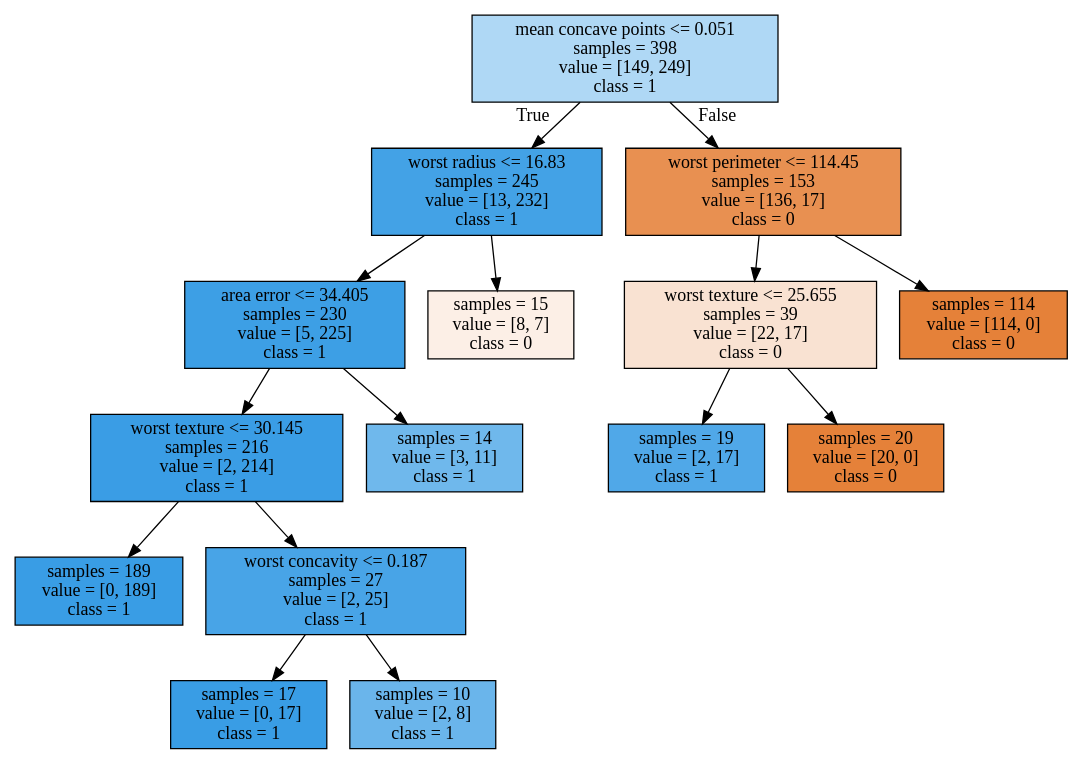
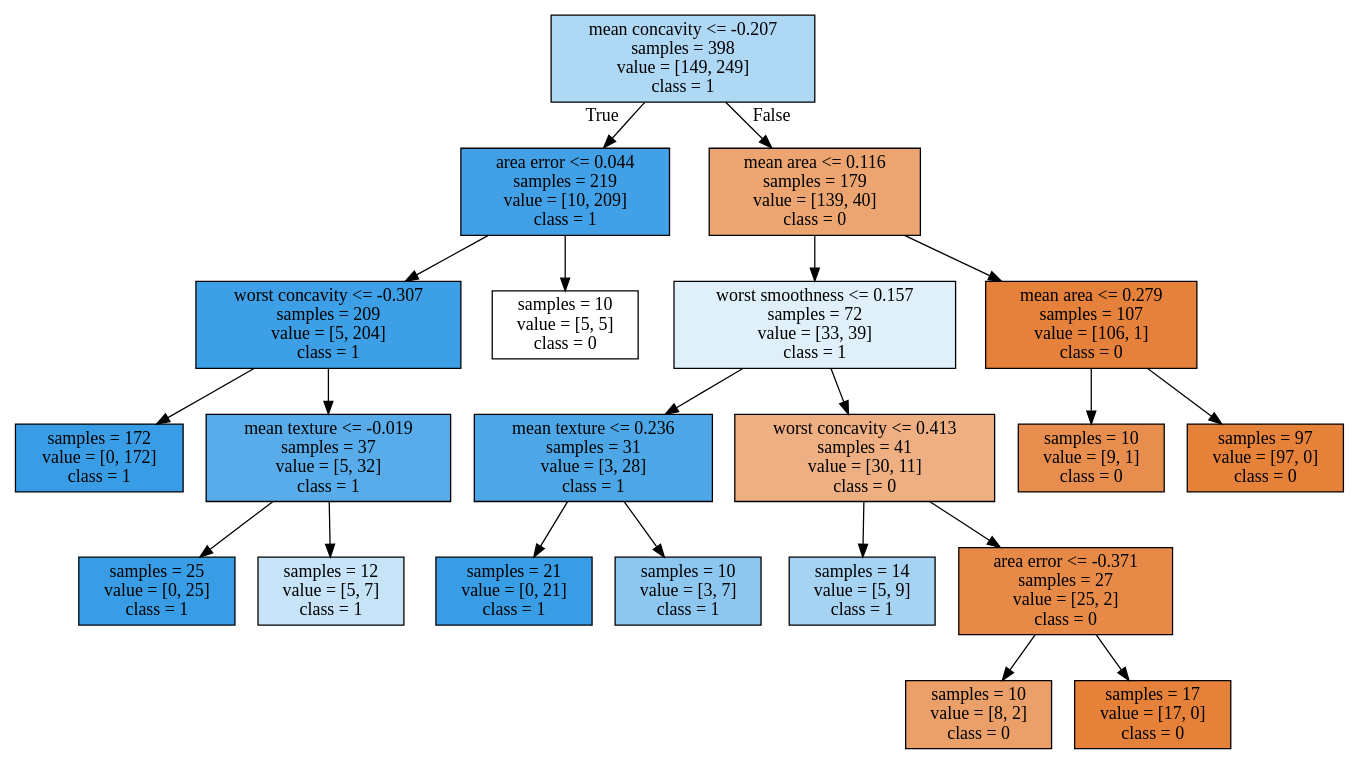
The diagram in bigdata_analysis/ppt_실습과제/tree.dot (smileyoung1993/Posco_Bigdata), drawn with Graphviz before and after one commit. The commit also changed 3 other files, not shown here.

```diff
--- a/bigdata_analysis/ppt_실습과제/tree.dot
+++ b/bigdata_analysis/ppt_실습과제/tree.dot
@@ -1,32 +1,44 @@
 digraph Tree {
 node [shape=box, style="filled", color="black"] ;
-0 [label="mean concave points <= 0.051\nsamples = 398\nvalue = [149, 249]\nclass = 1", fillcolor="#399de566"] ;
-1 [label="worst radius <= 16.83\nsamples = 245\nvalue = [13, 232]\nclass = 1", fillcolor="#399de5f1"] ;
+0 [label="mean concavity <= -0.207\nsamples = 398\nvalue = [149, 249]\nclass = 1", fillcolor="#399de566"] ;
+1 [label="area error <= 0.044\nsamples = 219\nvalue = [10, 209]\nclass = 1", fillcolor="#399de5f3"] ;
 0 -> 1 [labeldistance=2.5, labelangle=45, headlabel="True"] ;
-2 [label="area error <= 34.405\nsamples = 230\nvalue = [5, 225]\nclass = 1", fillcolor="#399de5f9"] ;
+2 [label="worst concavity <= -0.307\nsamples = 209\nvalue = [5, 204]\nclass = 1", fillcolor="#399de5f9"] ;
 1 -> 2 ;
-3 [label="worst texture <= 30.145\nsamples = 216\nvalue = [2, 214]\nclass = 1", fillcolor="#399de5fd"] ;
+3 [label="samples = 172\nvalue = [0, 172]\nclass = 1", fillcolor="#399de5ff"] ;
 2 -> 3 ;
-4 [label="samples = 189\nvalue = [0, 189]\nclass = 1", fillcolor="#399de5ff"] ;
-3 -> 4 ;
-5 [label="worst concavity <= 0.187\nsamples = 27\nvalue = [2, 25]\nclass = 1", fillcolor="#399de5eb"] ;
-3 -> 5 ;
-6 [label="samples = 17\nvalue = [0, 17]\nclass = 1", fillcolor="#399de5ff"] ;
-5 -> 6 ;
-7 [label="samples = 10\nvalue = [2, 8]\nclass = 1", fillcolor="#399de5bf"] ;
-5 -> 7 ;
-8 [label="samples = 14\nvalue = [3, 11]\nclass = 1", fillcolor="#399de5b9"] ;
-2 -> 8 ;
-9 [label="samples = 15\nvalue = [8, 7]\nclass = 0", fillcolor="#e5813920"] ;
-1 -> 9 ;
-10 [label="worst perimeter <= 114.45\nsamples = 153\nvalue = [136, 17]\nclass = 0", fillcolor="#e58139df"] ;
-0 -> 10 [labeldistance=2.5, labelangle=-45, headlabel="False"] ;
-11 [label="worst texture <= 25.655\nsamples = 39\nvalue = [22, 17]\nclass = 0", fillcolor="#e581393a"] ;
+4 [label="mean texture <= -0.019\nsamples = 37\nvalue = [5, 32]\nclass = 1", fillcolor="#399de5d7"] ;
+2 -> 4 ;
+5 [label="samples = 25\nvalue = [0, 25]\nclass = 1", fillcolor="#399de5ff"] ;
+4 -> 5 ;
+6 [label="samples = 12\nvalue = [5, 7]\nclass = 1", fillcolor="#399de549"] ;
+4 -> 6 ;
+7 [label="samples = 10\nvalue = [5, 5]\nclass = 0", fillcolor="#e5813900"] ;
+1 -> 7 ;
+8 [label="mean area <= 0.116\nsamples = 179\nvalue = [139, 40]\nclass = 0", fillcolor="#e58139b6"] ;
+0 -> 8 [labeldistance=2.5, labelangle=-45, headlabel="False"] ;
+9 [label="worst smoothness <= 0.157\nsamples = 72\nvalue = [33, 39]\nclass = 1", fillcolor="#399de527"] ;
+8 -> 9 ;
+10 [label="mean texture <= 0.236\nsamples = 31\nvalue = [3, 28]\nclass = 1", fillcolor="#399de5e4"] ;
+9 -> 10 ;
+11 [label="samples = 21\nvalue = [0, 21]\nclass = 1", fillcolor="#399de5ff"] ;
 10 -> 11 ;
-12 [label="samples = 19\nvalue = [2, 17]\nclass = 1", fillcolor="#399de5e1"] ;
-11 -> 12 ;
-13 [label="samples = 20\nvalue = [20, 0]\nclass = 0", fillcolor="#e58139ff"] ;
-11 -> 13 ;
-14 [label="samples = 114\nvalue = [114, 0]\nclass = 0", fillcolor="#e58139ff"] ;
-10 -> 14 ;
+12 [label="samples = 10\nvalue = [3, 7]\nclass = 1", fillcolor="#399de592"] ;
+10 -> 12 ;
+13 [label="worst concavity <= 0.413\nsamples = 41\nvalue = [30, 11]\nclass = 0", fillcolor="#e58139a1"] ;
+9 -> 13 ;
+14 [label="samples = 14\nvalue = [5, 9]\nclass = 1", fillcolor="#399de571"] ;
+13 -> 14 ;
+15 [label="area error <= -0.371\nsamples = 27\nvalue = [25, 2]\nclass = 0", fillcolor="#e58139eb"] ;
+13 -> 15 ;
+16 [label="samples = 10\nvalue = [8, 2]\nclass = 0", fillcolor="#e58139bf"] ;
+15 -> 16 ;
+17 [label="samples = 17\nvalue = [17, 0]\nclass = 0", fillcolor="#e58139ff"] ;
+15 -> 17 ;
+18 [label="mean area <= 0.279\nsamples = 107\nvalue = [106, 1]\nclass = 0", fillcolor="#e58139fd"] ;
+8 -> 18 ;
+19 [label="samples = 10\nvalue = [9, 1]\nclass = 0", fillcolor="#e58139e3"] ;
+18 -> 19 ;
+20 [label="samples = 97\nvalue = [97, 0]\nclass = 0", fillcolor="#e58139ff"] ;
+18 -> 20 ;
 }
```
